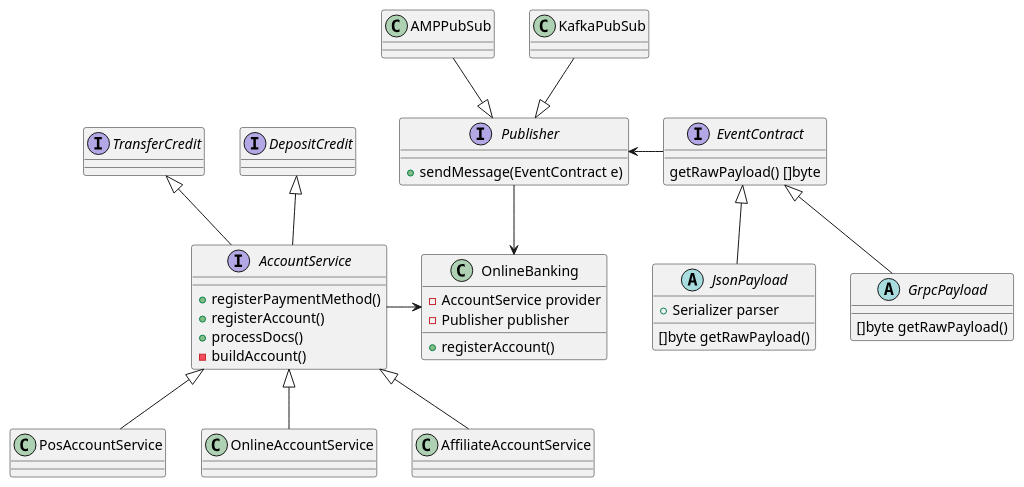
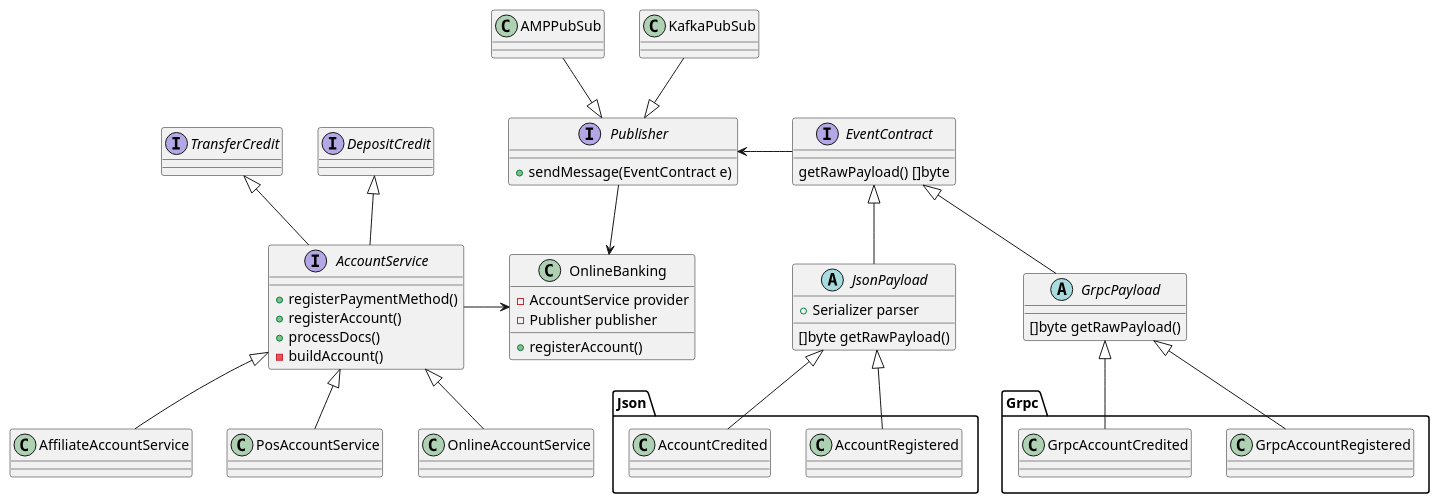
Before and after one commit to weburnit/oop-java: the second of 2 diagrams in src/main/java/vds/Banking.puml, drawn with PlantUML. The commit also changed 7 other files, not shown here.

```diff
--- a/src/main/java/vds/Banking.puml
+++ b/src/main/java/vds/Banking.puml
@@ -28,58 +28,67 @@
 @startuml
 
 interface AccountService {
 + registerPaymentMethod()
 + registerAccount()
 + processDocs()
 - buildAccount()
 }
 
 class PosAccountService {}
 
 class OnlineAccountService {}
 
 class AffiliateAccountService {}
 
 AccountService <|-- PosAccountService
 AccountService <|-- OnlineAccountService
 AccountService <|-- AffiliateAccountService
 
 interface Publisher {
     + sendMessage(EventContract e)
 }
 
 interface EventContract {
     getRawPayload() []byte
 }
 
 EventContract -left-> Publisher
 
 abstract class JsonPayload {
     + Serializer parser
     []byte getRawPayload() 
 }
 
 EventContract <|-- JsonPayload
 
+package Json {
+    JsonPayload <|-- AccountRegistered
+    JsonPayload <|-- AccountCredited
+}
+
 abstract class GrpcPayload {
     []byte getRawPayload()
 }
 EventContract <|-- GrpcPayload
 
+package Grpc {
+   GrpcPayload <|-- GrpcAccountRegistered
+   GrpcPayload <|-- GrpcAccountCredited
+}
 Publisher <|-up- KafkaPubSub
 Publisher <|-up- AMPPubSub
 
 class OnlineBanking {
    - AccountService provider
    - Publisher publisher
    + registerAccount()
 }
 
 Publisher -down-> OnlineBanking
 AccountService -right-> OnlineBanking
 
 interface TransferCredit
 interface DepositCredit
 TransferCredit <|-- AccountService
 DepositCredit <|-- AccountService
 @enduml
```
